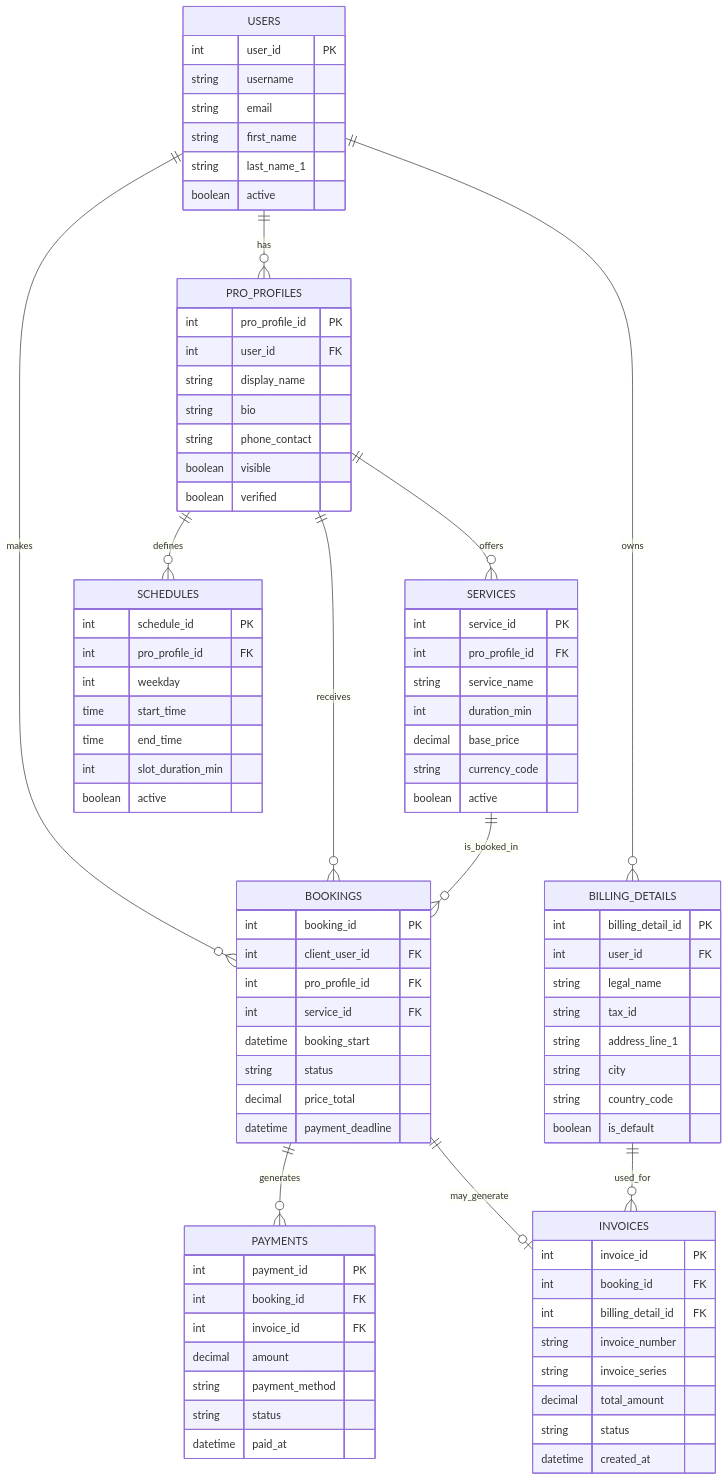
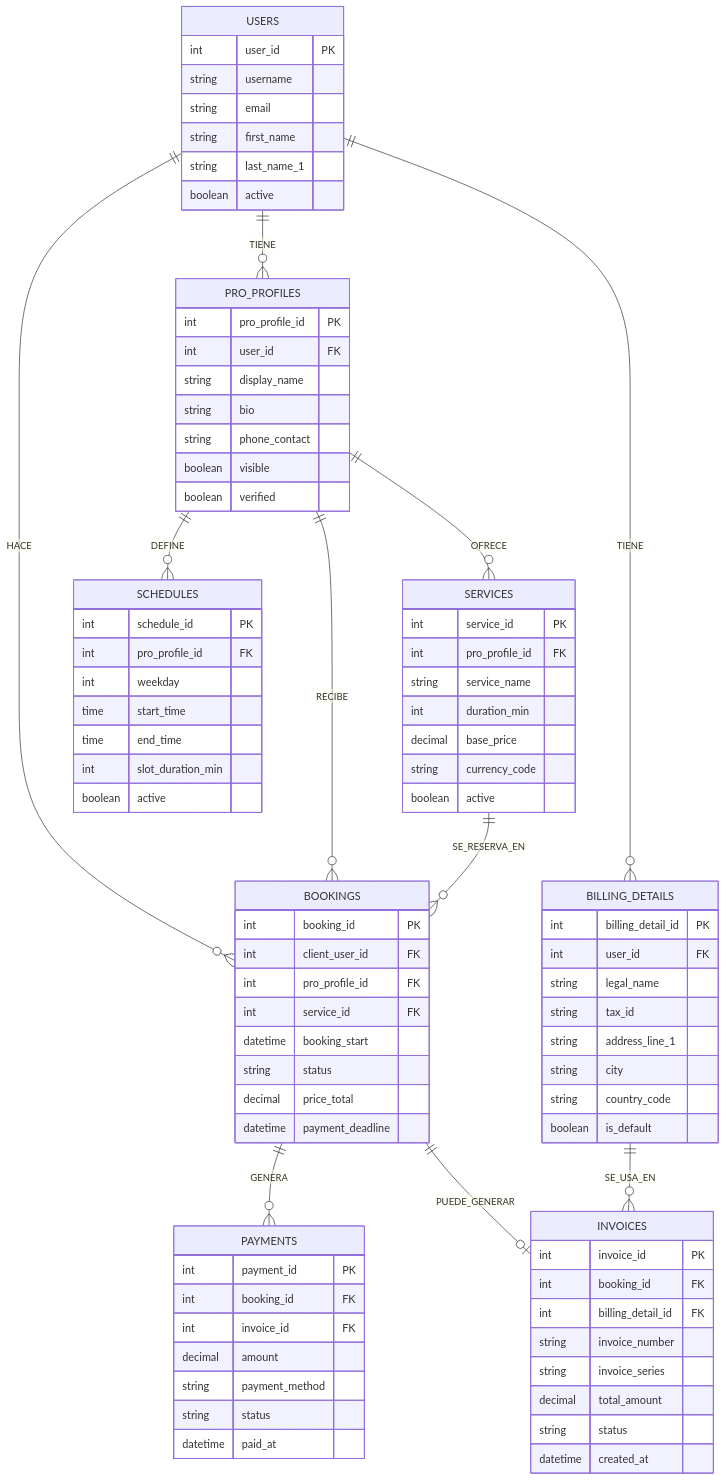
The diagram in bocetos/Diagrama-ER-NEW.mmd (NerineDev/pi-plataforma-citas-docs), drawn with Mermaid before and after one commit.

Commit message:
Translate relationships in ER diagram to Spanish

```diff
--- a/bocetos/Diagrama-ER-NEW.mmd
+++ b/bocetos/Diagrama-ER-NEW.mmd
@@ -1,97 +1,97 @@
 erDiagram
     USERS {
         int user_id PK
         string username
         string email
         string first_name
         string last_name_1
         boolean active
     }
 
     PRO_PROFILES {
         int pro_profile_id PK
         int user_id FK
         string display_name
         string bio
         string phone_contact
         boolean visible
         boolean verified
     }
 
     SERVICES {
         int service_id PK
         int pro_profile_id FK
         string service_name
         int duration_min
         decimal base_price
         string currency_code
         boolean active
     }
 
     SCHEDULES {
         int schedule_id PK
         int pro_profile_id FK
         int weekday
         time start_time
         time end_time
         int slot_duration_min
         boolean active
     }
 
     BOOKINGS {
         int booking_id PK
         int client_user_id FK
         int pro_profile_id FK
         int service_id FK
         datetime booking_start
         string status
         decimal price_total
         datetime payment_deadline
     }
 
     PAYMENTS {
         int payment_id PK
         int booking_id FK
         int invoice_id FK
         decimal amount
         string payment_method
         string status
         datetime paid_at
     }
 
     INVOICES {
         int invoice_id PK
         int booking_id FK
         int billing_detail_id FK
         string invoice_number
         string invoice_series
         decimal total_amount
         string status
         datetime created_at
     }
 
     BILLING_DETAILS {
         int billing_detail_id PK
         int user_id FK
         string legal_name
         string tax_id
         string address_line_1
         string city
         string country_code
         boolean is_default
     }
 
-    USERS ||--o{ PRO_PROFILES : has
-    USERS ||--o{ BOOKINGS : makes
-    USERS ||--o{ BILLING_DETAILS : owns
+    USERS ||--o{ PRO_PROFILES : TIENE
+    USERS ||--o{ BOOKINGS : HACE
+    USERS ||--o{ BILLING_DETAILS : TIENE
 
-    PRO_PROFILES ||--o{ SERVICES : offers
-    PRO_PROFILES ||--o{ SCHEDULES : defines
-    PRO_PROFILES ||--o{ BOOKINGS : receives
+    PRO_PROFILES ||--o{ SERVICES : OFRECE
+    PRO_PROFILES ||--o{ SCHEDULES : DEFINE
+    PRO_PROFILES ||--o{ BOOKINGS : RECIBE
 
-    SERVICES ||--o{ BOOKINGS : is_booked_in
+    SERVICES ||--o{ BOOKINGS : SE_RESERVA_EN
 
-    BOOKINGS ||--o{ PAYMENTS : generates
-    BOOKINGS ||--o| INVOICES : may_generate
+    BOOKINGS ||--o{ PAYMENTS : GENERA
+    BOOKINGS ||--o| INVOICES : PUEDE_GENERAR
 
-    BILLING_DETAILS ||--o{ INVOICES : used_for
+    BILLING_DETAILS ||--o{ INVOICES : SE_USA_EN
```
